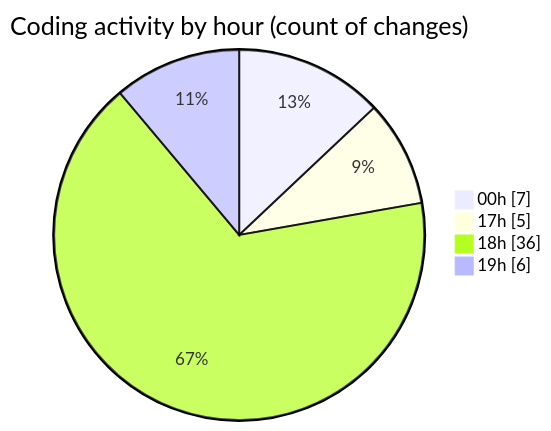
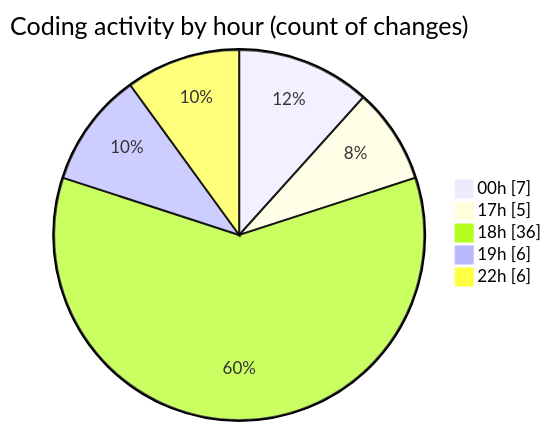
One commit to Elitesun/code-tracking changed the second of 2 diagrams in 2025-05-25/elitesun/README.md. Above: the diagram before and after it, drawn with Mermaid. The commit also changed other lines of this file and 1 other file, not shown here.

````diff
--- a/2025-05-25/elitesun/README.md
+++ b/2025-05-25/elitesun/README.md
@@ -40,8 +40,9 @@
 ```mermaid
 pie showData
 title Coding activity by hour (count of changes)
 "00h" : 7
 "17h" : 5
 "18h" : 36
 "19h" : 6
+"22h" : 6
 ```
````
